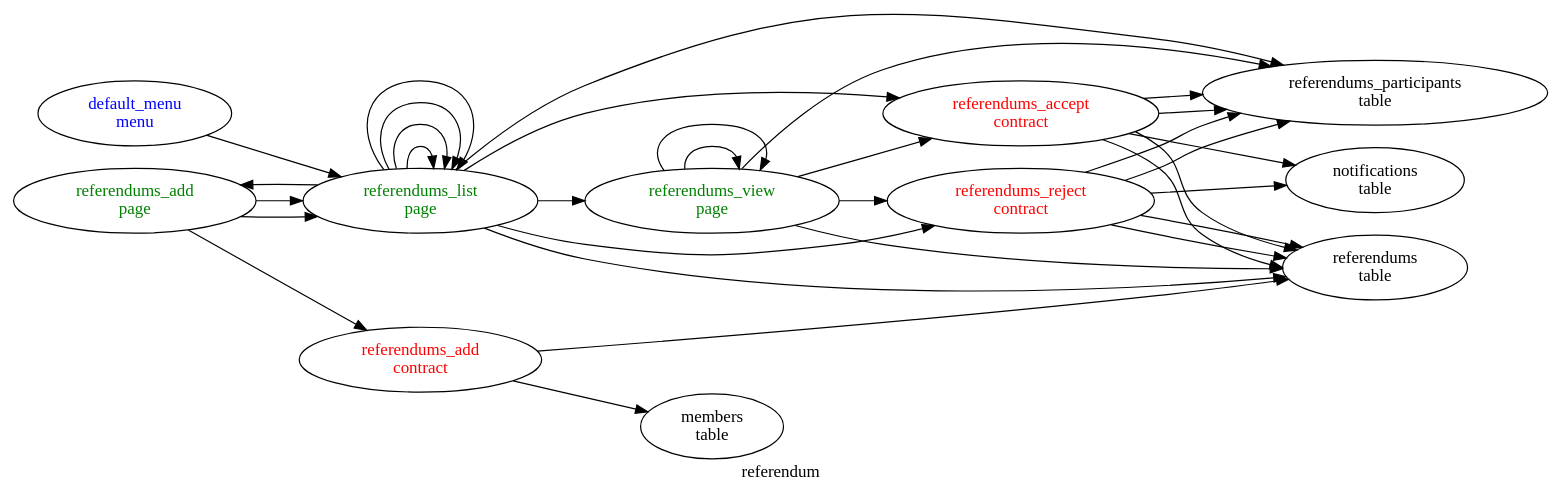
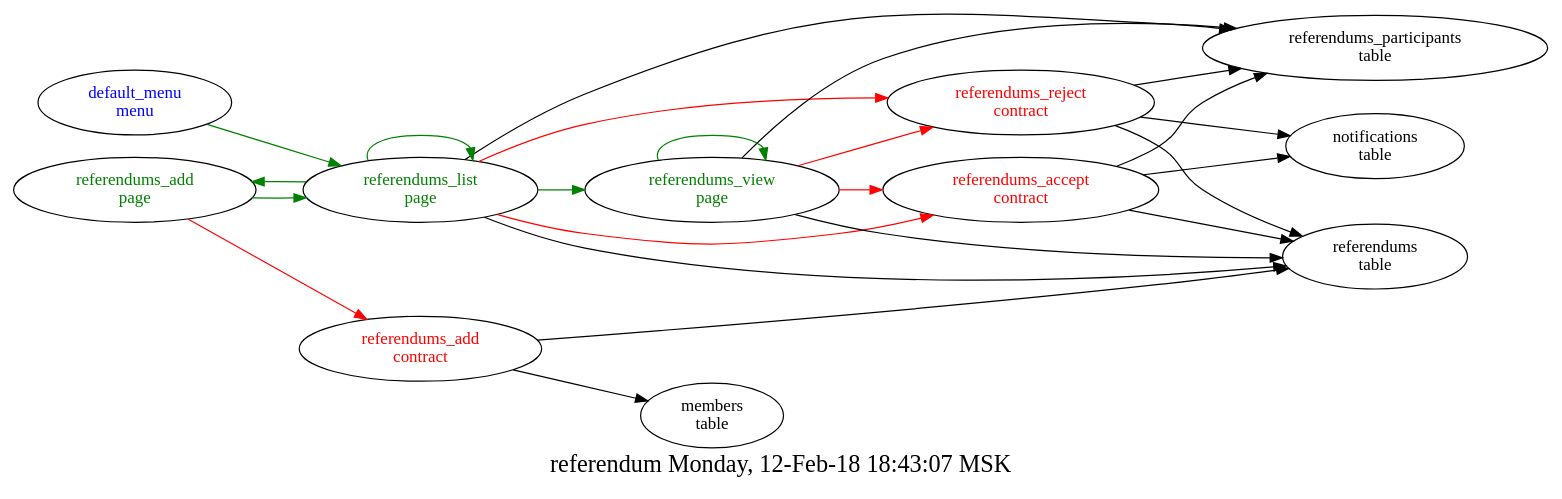
One commit to AplaProject/apps changed the diagram in src/referendum/struct.dot. Above: the diagram before and after it, drawn with Graphviz.

```diff
--- a/src/referendum/struct.dot
+++ b/src/referendum/struct.dot
@@ -1,45 +1,37 @@
 digraph G {
-label=referendum;
+fontsize="20.0";
+label="referendum Monday, 12-Feb-18 18:43:07 MSK";
 rankdir=LR;
-"referendums_accept\ncontract" -> "referendums\ntable"
-"referendums_accept\ncontract" -> "referendums_participants\ntable"
 "referendums_accept\ncontract" -> "referendums\ntable"
 "referendums_accept\ncontract" -> "referendums_participants\ntable"
 "referendums_accept\ncontract" -> "notifications\ntable"
 "referendums_accept\ncontract" [fontcolor=red, group=contracts];
 "referendums_add\ncontract" -> "referendums\ntable"
 "referendums_add\ncontract" -> "members\ntable"
 "referendums_add\ncontract" [fontcolor=red, group=contracts];
 "referendums_reject\ncontract" -> "referendums\ntable"
 "referendums_reject\ncontract" -> "referendums_participants\ntable"
-"referendums_reject\ncontract" -> "referendums\ntable"
-"referendums_reject\ncontract" -> "referendums_participants\ntable"
 "referendums_reject\ncontract" -> "notifications\ntable"
 "referendums_reject\ncontract" [fontcolor=red, group=contracts];
-"default_menu\nmenu" -> "referendums_list\npage"
+"default_menu\nmenu" -> "referendums_list\npage"  [ color=green ]
 "default_menu\nmenu" [fontcolor=blue, group=menus];
-"referendums_add\npage" -> "referendums_add\ncontract"
-"referendums_add\npage" -> "referendums_list\npage"
-"referendums_add\npage" -> "referendums_list\npage"
+"referendums_add\npage" -> "referendums_add\ncontract"  [ color=red ]
+"referendums_add\npage" -> "referendums_list\npage"  [ color=green ]
 "referendums_add\npage" [fontcolor=green, group=pages];
-"referendums_list\npage" -> "referendums_reject\ncontract"
-"referendums_list\npage" -> "referendums_accept\ncontract"
+"referendums_list\npage" -> "referendums_reject\ncontract"  [ color=red ]
+"referendums_list\npage" -> "referendums_accept\ncontract"  [ color=red ]
 "referendums_list\npage" -> "referendums\ntable"
 "referendums_list\npage" -> "referendums_participants\ntable"
-"referendums_list\npage" -> "referendums_view\npage"
-"referendums_list\npage" -> "referendums_list\npage"
-"referendums_list\npage" -> "referendums_list\npage"
-"referendums_list\npage" -> "referendums_list\npage"
-"referendums_list\npage" -> "referendums_list\npage"
-"referendums_list\npage" -> "referendums_add\npage"
+"referendums_list\npage" -> "referendums_view\npage"  [ color=green ]
+"referendums_list\npage" -> "referendums_list\npage"  [ color=green ]
+"referendums_list\npage" -> "referendums_add\npage"  [ color=green ]
 "referendums_list\npage" [fontcolor=green, group=pages];
-"referendums_view\npage" -> "referendums_accept\ncontract"
-"referendums_view\npage" -> "referendums_reject\ncontract"
+"referendums_view\npage" -> "referendums_accept\ncontract"  [ color=red ]
+"referendums_view\npage" -> "referendums_reject\ncontract"  [ color=red ]
 "referendums_view\npage" -> "referendums\ntable"
 "referendums_view\npage" -> "referendums_participants\ntable"
-"referendums_view\npage" -> "referendums_view\npage"
-"referendums_view\npage" -> "referendums_view\npage"
+"referendums_view\npage" -> "referendums_view\npage"  [ color=green ]
 "referendums_view\npage" [fontcolor=green, group=pages];
 "referendums\ntable" [group=tables];
 "referendums_participants\ntable" [group=tables];
 }
```
